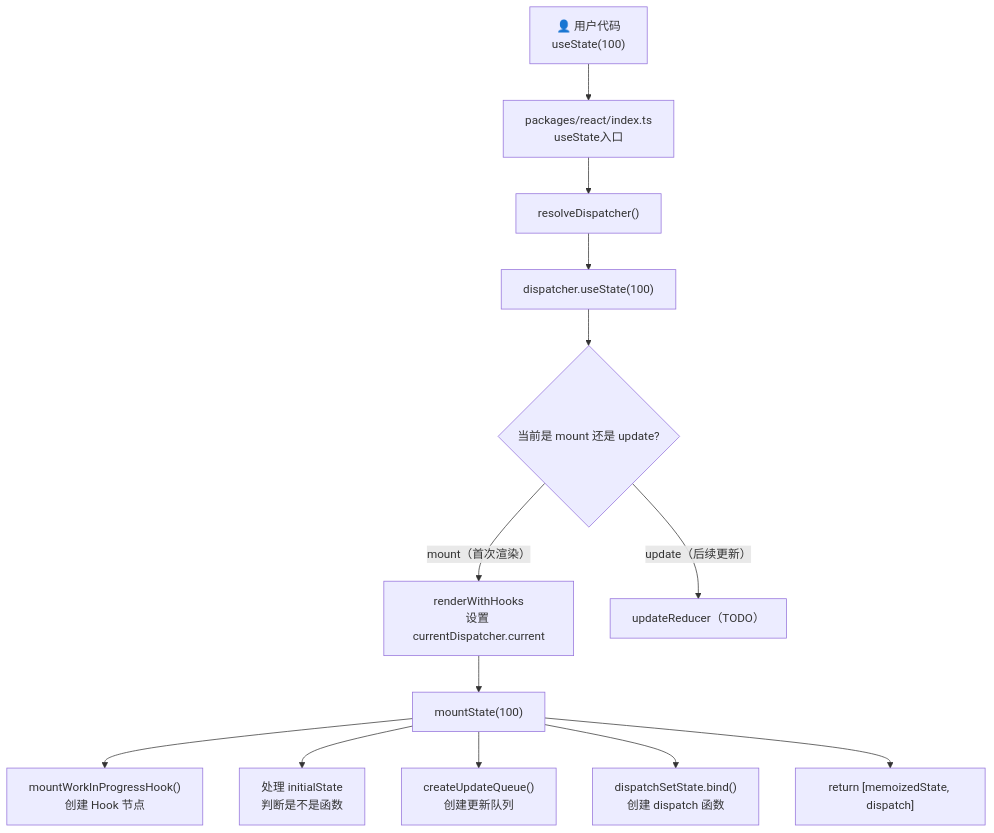
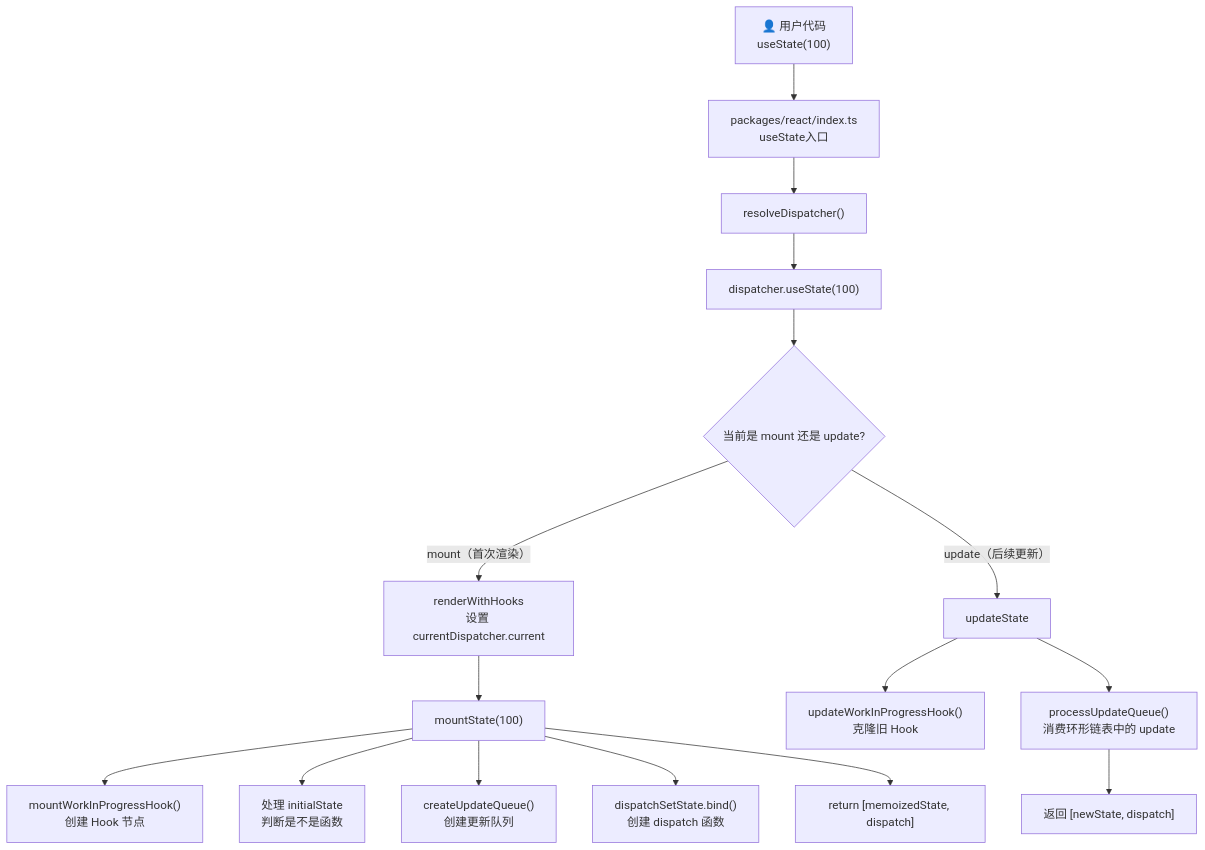
The first of 8 diagrams in docs/useState运作流程全解.md (SecondDragon/big-react), drawn with Mermaid before and after one commit. The commit also changed other lines of this file and 16 other files, not shown here.

````diff
--- a/docs/useState运作流程全解.md
+++ b/docs/useState运作流程全解.md
@@ -9,15 +9,18 @@
 ```mermaid
 flowchart TD
     A["👤 用户代码<br/>useState(100)"] --> B["packages/react/index.ts<br/>useState入口"]
     B --> C["resolveDispatcher()"]
     C --> D["dispatcher.useState(100)"]
     D --> E{"当前是 mount 还是 update?"}
     E -->|"mount（首次渲染）"| F["renderWithHooks<br/>设置 currentDispatcher.current"]
     F --> G["mountState(100)"]
     G --> H["mountWorkInProgressHook()<br/>创建 Hook 节点"]
     G --> I["处理 initialState<br/>判断是不是函数"]
     G --> J["createUpdateQueue()<br/>创建更新队列"]
     G --> K["dispatchSetState.bind()<br/>创建 dispatch 函数"]
     G --> L["return [memoizedState, dispatch]"]
-    E -->|"update（后续更新）"| M["updateReducer（TODO）"]
+    E -->|"update（后续更新）"| M["updateState"]
+    M --> N["updateWorkInProgressHook()<br/>克隆旧 Hook"]
+    M --> O["processUpdateQueue()<br/>消费环形链表中的 update"]
+    O --> P["返回 [newState, dispatch]"]
 ```
````
